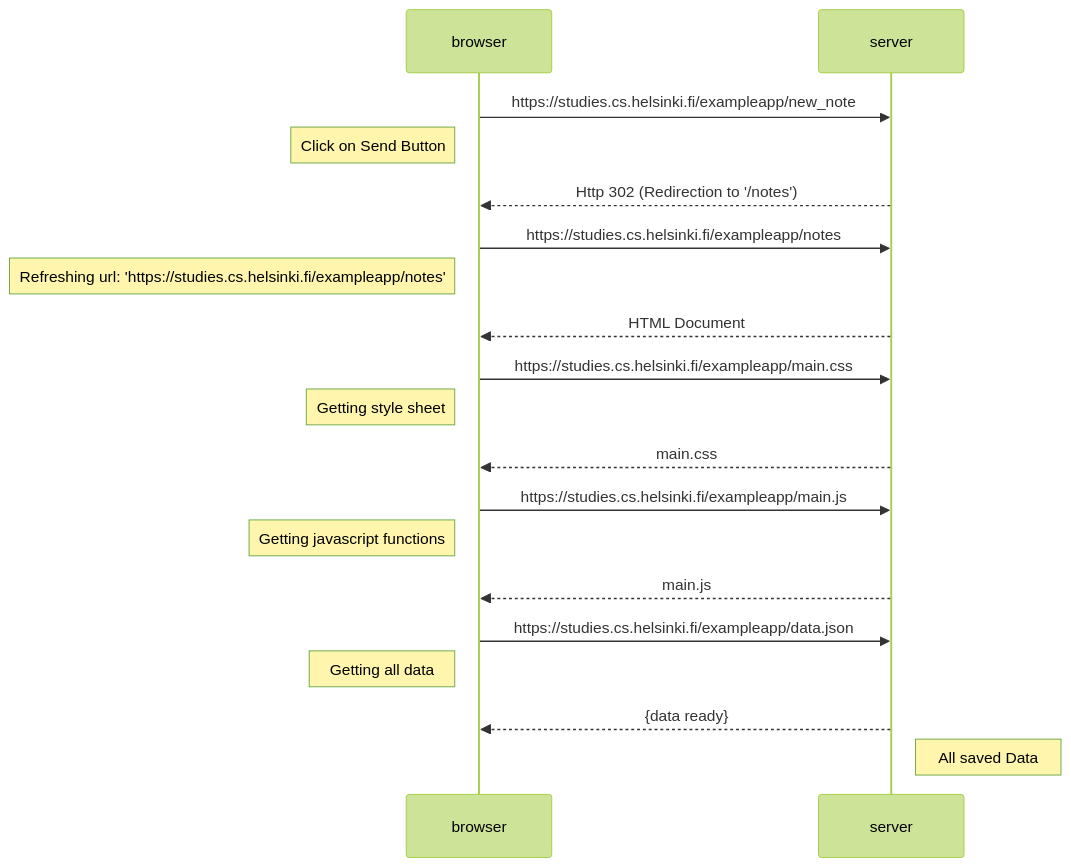
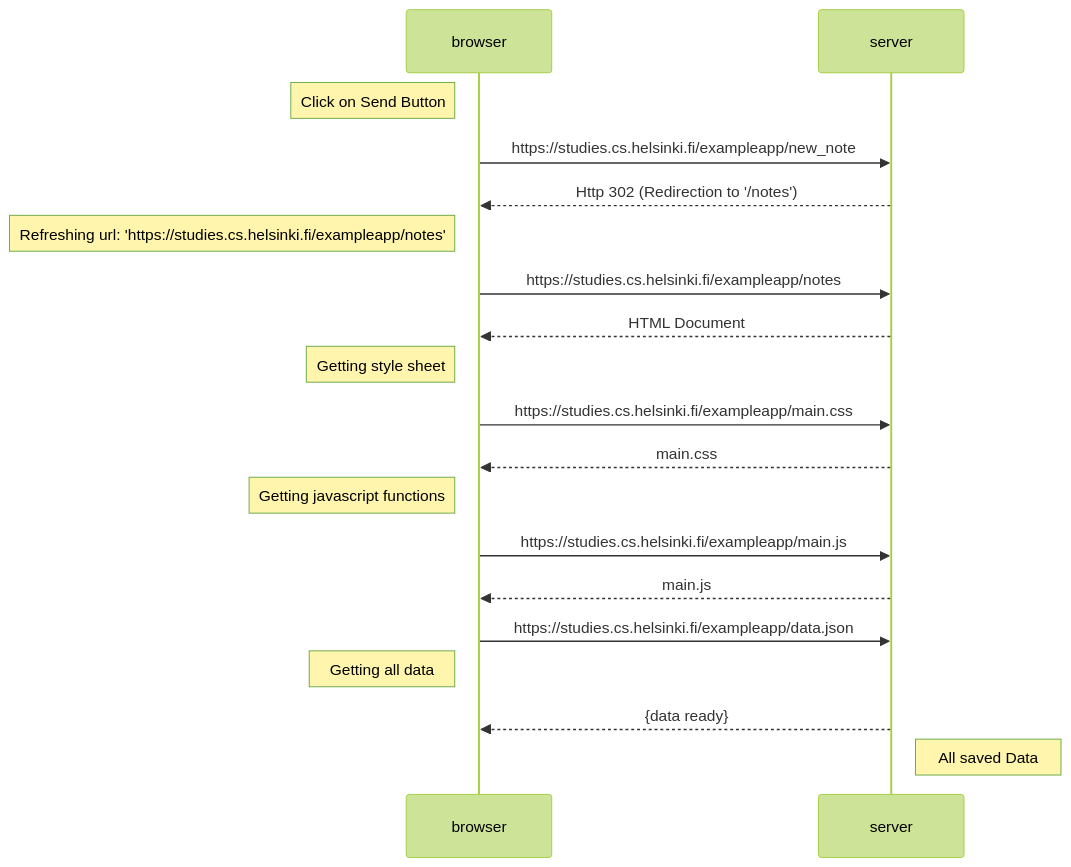
Before and after one commit to ArielCS0625/Ejercicios-0.4-0.6-: the diagram in 04.md, drawn with Mermaid (forest theme). The commit also changed other lines of this file, not shown here.

````diff
--- a/04.md
+++ b/04.md
@@ -1,29 +1,29 @@
   ```mermaid
   sequenceDiagram
       participant browser
       participant server
 
+      Note left of browser: Click on Send Button
       browser->>server: https://studies.cs.helsinki.fi/exampleapp/new_note
-      Note left of browser: Click on Send Button
       server-->>browser: Http 302 (Redirection to '/notes')
 
+      Note left of browser: Refreshing url: 'https://studies.cs.helsinki.fi/exampleapp/notes'
       browser->>server: https://studies.cs.helsinki.fi/exampleapp/notes
-      Note left of browser: Refreshing url: 'https://studies.cs.helsinki.fi/exampleapp/notes'
       server-->>browser: HTML Document
 
+      Note left of browser: Getting style sheet
       browser->>server: https://studies.cs.helsinki.fi/exampleapp/main.css
-      Note left of browser: Getting style sheet
       server-->>browser: main.css
 
+      Note left of browser: Getting javascript functions
       browser->>server: https://studies.cs.helsinki.fi/exampleapp/main.js
-      Note left of browser: Getting javascript functions
       server-->>browser: main.js
 
 
       browser->>server: https://studies.cs.helsinki.fi/exampleapp/data.json
       Note left of browser: Getting all data
       server-->>browser: {data ready}
       Note right of server: All saved Data
 
  
   ```
````
